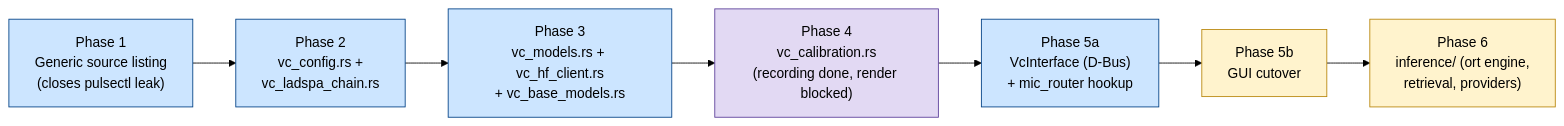
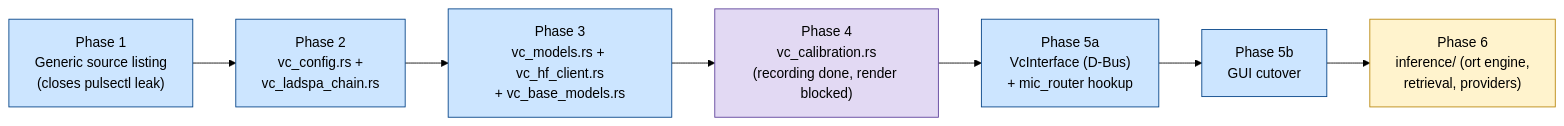
The first of 3 diagrams in docs/voice-changing-feature.md (elegos/Linux-Arctis-Manager), drawn with Mermaid (forest theme) before and after one commit. The commit also changed other lines of this file and 8 other files, not shown here.

````diff
--- a/docs/voice-changing-feature.md
+++ b/docs/voice-changing-feature.md
@@ -23,16 +23,16 @@
 ```mermaid
 flowchart LR
     classDef done fill:#cce5ff,stroke:#004085,color:#000
     classDef partial fill:#e2d9f3,stroke:#5a3d99,color:#000
     classDef todo fill:#fff3cd,stroke:#b8860b,color:#000
 
     P1["Phase 1\nGeneric source listing\n(closes pulsectl leak)"]:::done
     P2["Phase 2\nvc_config.rs +\nvc_ladspa_chain.rs"]:::done
     P3["Phase 3\nvc_models.rs + vc_hf_client.rs\n+ vc_base_models.rs"]:::done
     P4["Phase 4\nvc_calibration.rs\n(recording done, render blocked)"]:::partial
     P5a["Phase 5a\nVcInterface (D-Bus)\n+ mic_router hookup"]:::done
-    P5b["Phase 5b\nGUI cutover"]:::todo
+    P5b["Phase 5b\nGUI cutover"]:::done
     P6["Phase 6\ninference/ (ort engine,\nretrieval, providers)"]:::todo
 
     P1 --> P2 --> P3 --> P4 --> P5a --> P5b --> P6
 ```
````
